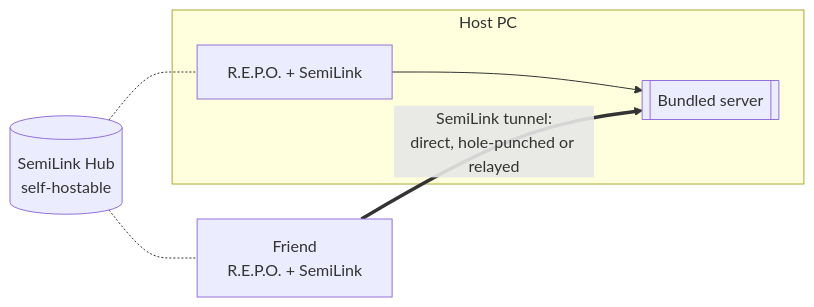
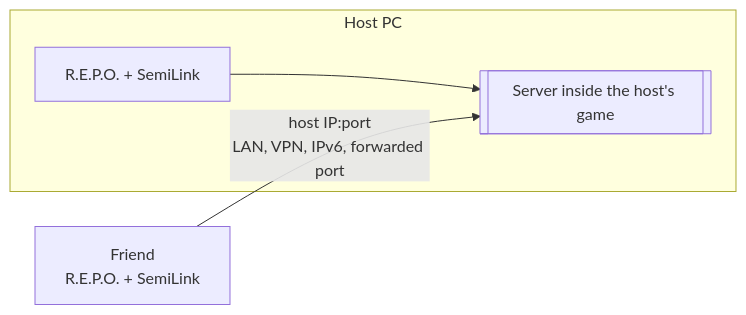
One commit to haulnet/haulnet-repo changed the diagram in README.md. Above: the diagram before and after it, drawn with Mermaid. The commit also changed other lines of this file and 15 other files, not shown here.

````diff
--- a/README.md
+++ b/README.md
@@ -22,11 +24,9 @@
 ```mermaid
 flowchart LR
     subgraph host[Host PC]
         GA[R.E.P.O. + SemiLink]
-        S[[Bundled server]]
+        S[[Server inside the host's game]]
         GA --> S
     end
-    GB[Friend<br/>R.E.P.O. + SemiLink] == "SemiLink tunnel:<br/>direct, hole-punched or relayed" ==> S
-    HUB[(SemiLink Hub<br/>self-hostable)] -.- GA
-    HUB -.- GB
+    GB[Friend<br/>R.E.P.O. + SemiLink] -- "host IP:port<br/>LAN, VPN, IPv6, forwarded port" --> S
 ```
````
